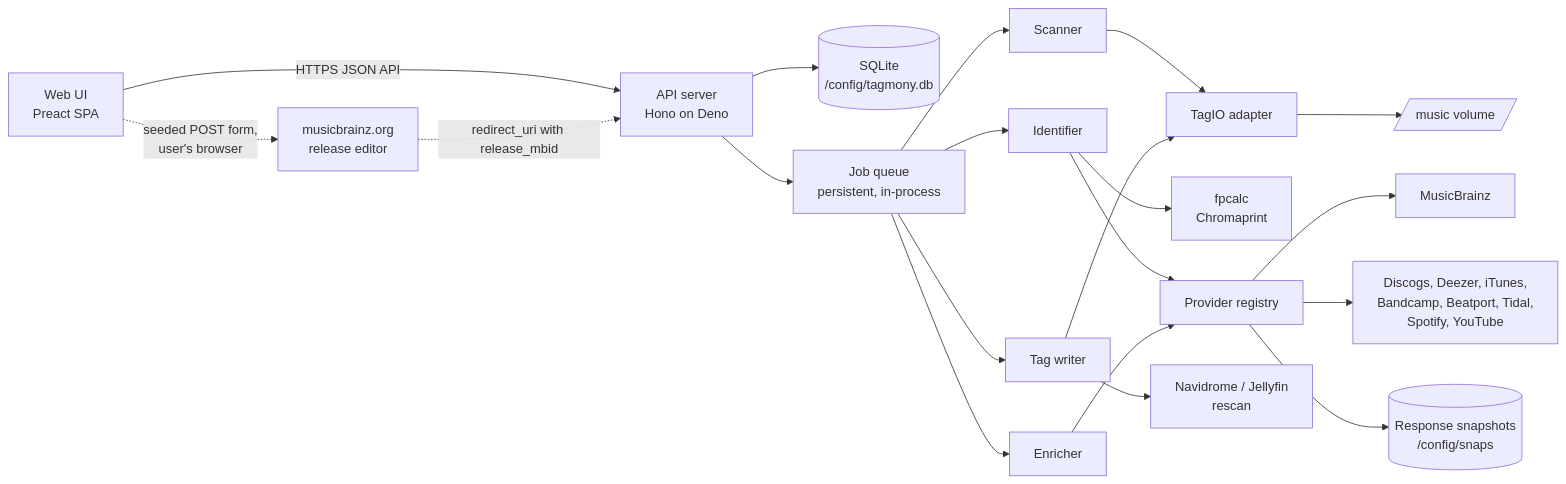
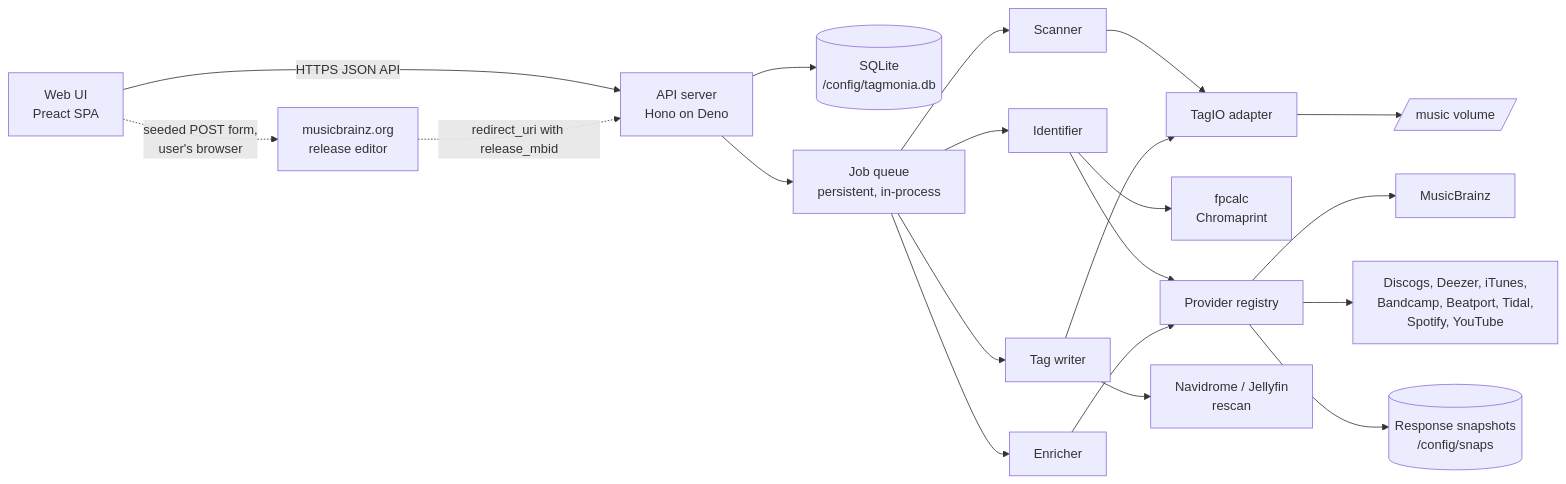
Before and after one commit to cdalamagkas/tagmonia: the first of 4 diagrams in docs/ARCHITECTURE.md, drawn with Mermaid. The commit also changed other lines of this file and 109 other files, not shown here.

First line of the commit message:
chore: rename project from Tagmony to Tagmonia (D30)

````diff
--- a/docs/ARCHITECTURE.md
+++ b/docs/ARCHITECTURE.md
@@ -94,22 +94,22 @@
 ```mermaid
 flowchart LR
   UI[Web UI<br/>Preact SPA] -->|HTTPS JSON API| API[API server<br/>Hono on Deno]
-  API --> DB[(SQLite<br/>/config/tagmony.db)]
+  API --> DB[(SQLite<br/>/config/tagmonia.db)]
   API --> Q[Job queue<br/>persistent, in-process]
   Q --> SCAN[Scanner]
   Q --> ID[Identifier]
   Q --> ENR[Enricher]
   Q --> WR[Tag writer]
   SCAN --> TAGIO[TagIO adapter]
   WR --> TAGIO
   TAGIO --> FS[/music volume/]
   ID --> FP[fpcalc<br/>Chromaprint]
   ID --> PROV[Provider registry]
   ENR --> PROV
   PROV --> MB[MusicBrainz]
   PROV --> OTHERS[Discogs, Deezer, iTunes,<br/>Bandcamp, Beatport, Tidal,<br/>Spotify, YouTube]
   PROV --> CACHE[(Response snapshots<br/>/config/snaps)]
   WR --> SRV[Navidrome / Jellyfin<br/>rescan]
   UI -.->|seeded POST form,<br/>user's browser| MBWEB[musicbrainz.org<br/>release editor]
   MBWEB -.->|redirect_uri with release_mbid| API
 ```
````
